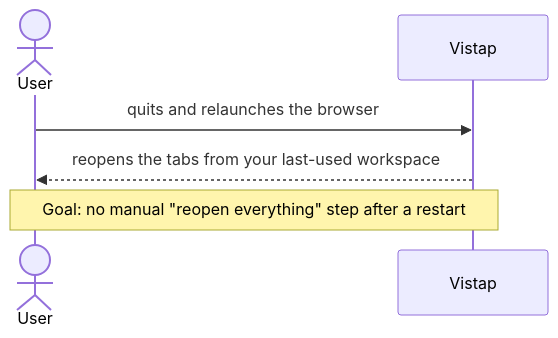
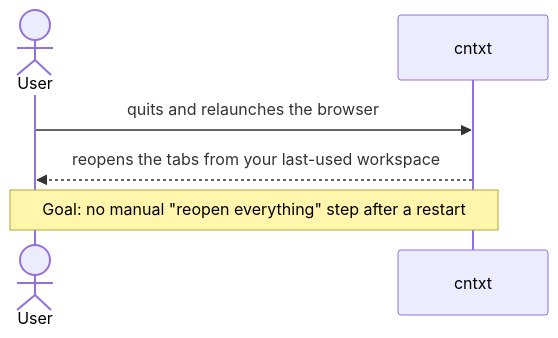
Before and after one commit to enyhma/cntxt: the sixth of 11 diagrams in docs/workflows.md, drawn with Mermaid. The commit also changed other lines of this file and 16 other files, not shown here.

First line of the commit message:
chore: rename Vistap to cntxt

````diff
--- a/docs/workflows.md
+++ b/docs/workflows.md
@@ -152,9 +152,9 @@
 ```mermaid
 sequenceDiagram
     actor User
-    participant Vistap
+    participant cntxt
 
-    User->>Vistap: quits and relaunches the browser
-    Vistap-->>User: reopens the tabs from your last-used workspace
-    Note over User,Vistap: Goal: no manual "reopen everything" step after a restart
+    User->>cntxt: quits and relaunches the browser
+    cntxt-->>User: reopens the tabs from your last-used workspace
+    Note over User,cntxt: Goal: no manual "reopen everything" step after a restart
 ```
````
